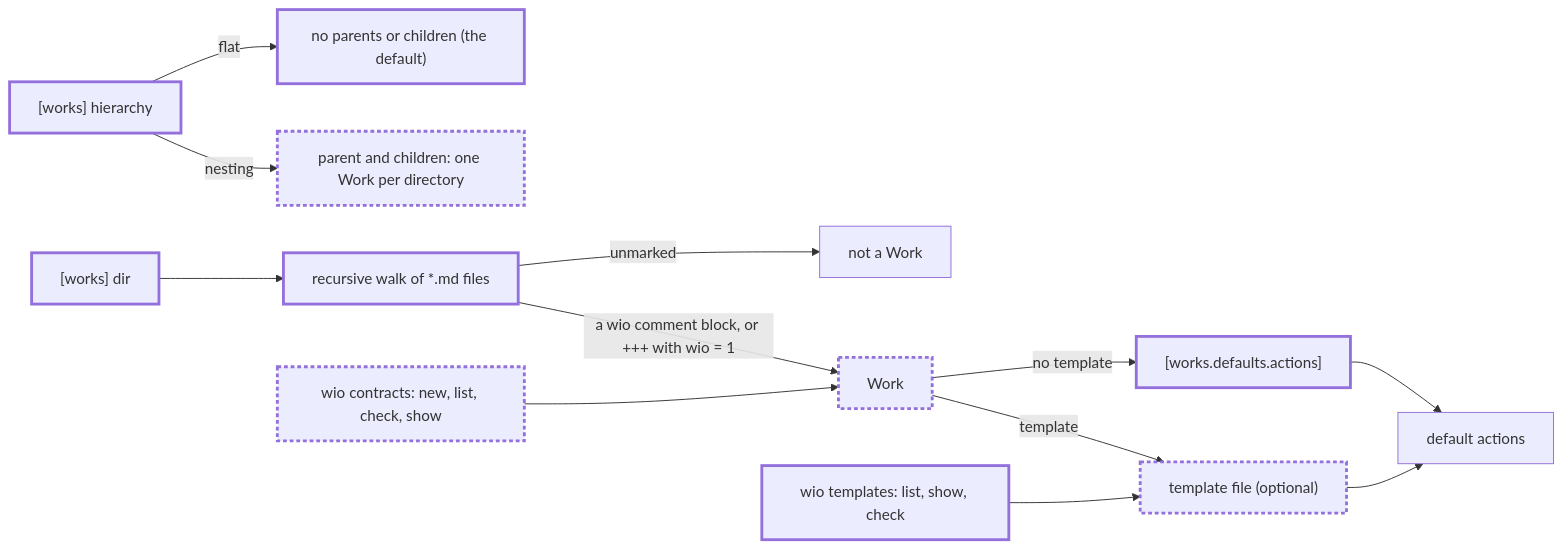
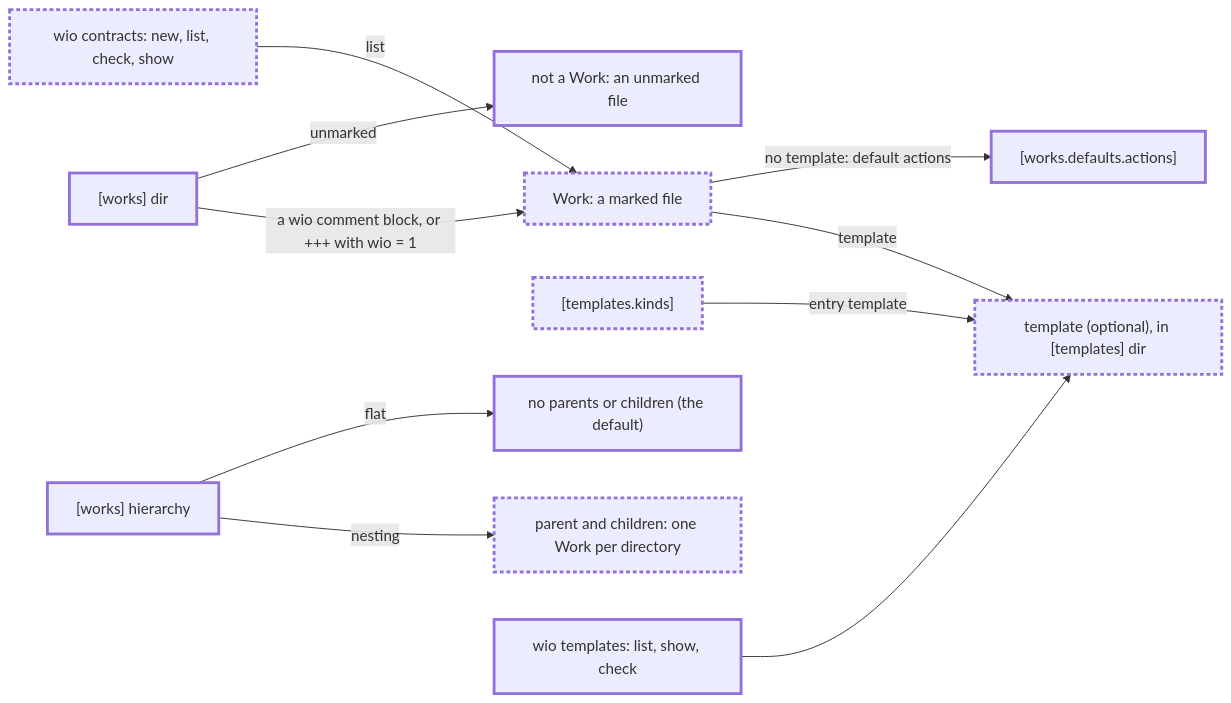
One commit to msitarz/wio changed the second of 2 diagrams in .agents/wio/works/discovery/README.md. Above: the diagram before and after it, drawn with Mermaid. The commit also changed other lines of this file and 4 other files, not shown here.

````diff
--- a/.agents/wio/works/discovery/README.md
+++ b/.agents/wio/works/discovery/README.md
@@ -132,28 +137,25 @@
 ```mermaid
 flowchart LR
     dir["[works] dir"]:::new
-    walk["recursive walk of *.md files"]:::new
-    work["Work"]:::changed
-    ignored["not a Work"]
-    tpl["template file (optional)"]:::changed
+    work["Work: a marked file"]:::changed
+    ignored["not a Work: an unmarked file"]:::new
+    tpl["template (optional), in [templates] dir"]:::changed
+    kinds["[templates.kinds]"]:::changed
     defaults["[works.defaults.actions]"]:::new
-    actions["default actions"]
     mode["[works] hierarchy"]:::new
     tree["parent and children: one Work per directory"]:::changed
     none["no parents or children (the default)"]:::new
     contracts["wio contracts: new, list, check, show"]:::changed
     templates["wio templates: list, show, check"]:::new
-    dir --> walk
-    walk -- "a wio comment block, or +++ with wio = 1" --> work
-    walk -- "unmarked" --> ignored
+    dir -- "a wio comment block, or +++ with wio = 1" --> work
+    dir -- "unmarked" --> ignored
     work -- "template" --> tpl
-    tpl --> actions
-    work -- "no template" --> defaults
-    defaults --> actions
+    kinds -- "entry template" --> tpl
+    work -- "no template: default actions" --> defaults
     mode -- "nesting" --> tree
     mode -- "flat" --> none
-    contracts --> work
+    contracts -- "list" --> work
     templates --> tpl
     classDef new stroke-width: 3px
     classDef changed stroke-width: 3px,stroke-dasharray: 4 3
 ```
````
